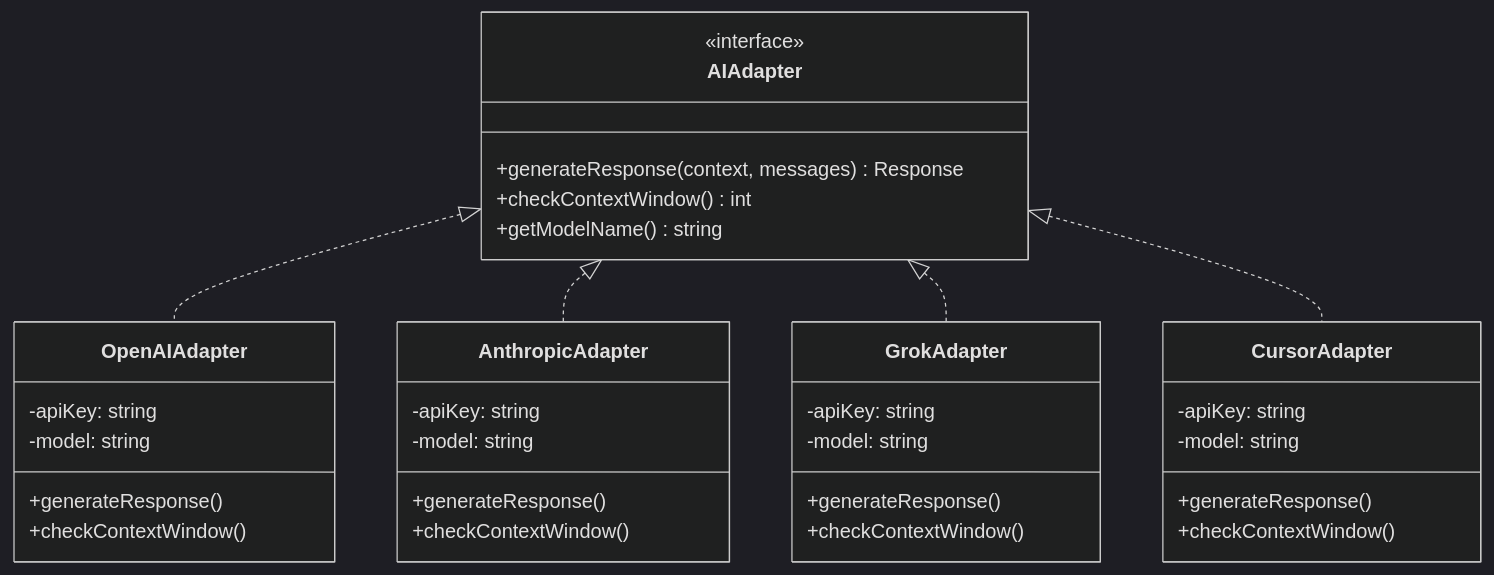
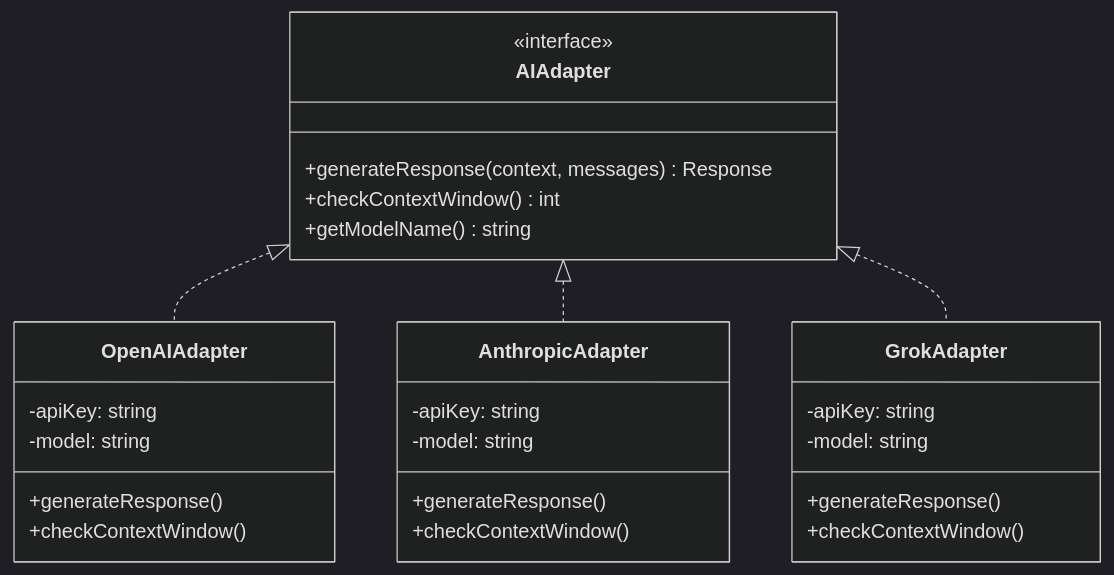
One commit to jak-pan/super-brainstorm-bot changed the third of 16 diagrams in ARCHITECTURE.md. Above: the diagram before and after it, drawn with Mermaid (dark theme). The commit also changed other lines of this file and 4 other files, not shown here.

First line of the commit message:
Remove all Cursor adapter references

````diff
--- a/ARCHITECTURE.md
+++ b/ARCHITECTURE.md
@@ -268,42 +266,34 @@
 ```mermaid
 classDiagram
     class AIAdapter {
         <<interface>>
         +generateResponse(context, messages) Response
         +checkContextWindow() int
         +getModelName() string
     }
     
     class OpenAIAdapter {
         -apiKey: string
         -model: string
         +generateResponse()
         +checkContextWindow()
     }
     
     class AnthropicAdapter {
         -apiKey: string
         -model: string
         +generateResponse()
         +checkContextWindow()
     }
     
     class GrokAdapter {
         -apiKey: string
         -model: string
         +generateResponse()
         +checkContextWindow()
     }
     
-    class CursorAdapter {
-        -apiKey: string
-        -model: string
-        +generateResponse()
-        +checkContextWindow()
-    }
-    
     AIAdapter <|.. OpenAIAdapter
     AIAdapter <|.. AnthropicAdapter
     AIAdapter <|.. GrokAdapter
-    AIAdapter <|.. CursorAdapter
 ```
````
